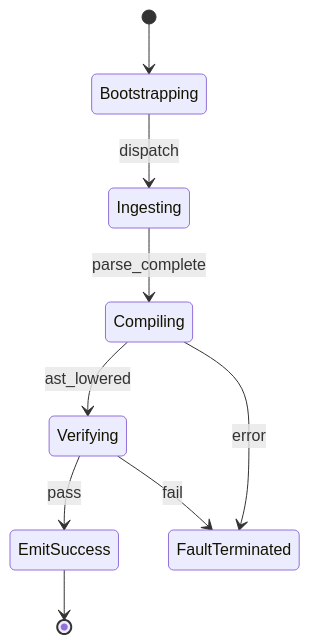
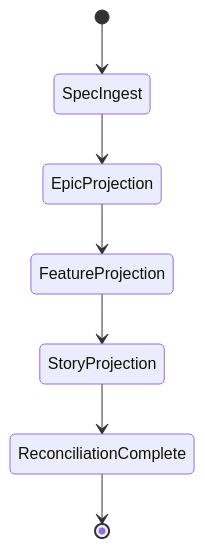
One commit to gintatkinson/dumpiler-01 changed the second of 2 diagrams in docs/epics/EPIC-11-DownstreamAgileProjections.md. Above: the diagram before and after it, drawn with Mermaid. The commit also changed other lines of this file and 45 other files, not shown here.

````diff
--- a/docs/epics/EPIC-11-DownstreamAgileProjections.md
+++ b/docs/epics/EPIC-11-DownstreamAgileProjections.md
@@ -58,11 +79,9 @@
 ```mermaid
 stateDiagram-v2
-    [*] --> Bootstrapping
-    Bootstrapping --> Ingesting : dispatch
-    Ingesting --> Compiling : parse_complete
-    Compiling --> Verifying : ast_lowered
-    Verifying --> EmitSuccess : pass
-    Compiling --> FaultTerminated : error
-    Verifying --> FaultTerminated : fail
-    EmitSuccess --> [*]
+    [*] --> SpecIngest
+    SpecIngest --> EpicProjection
+    EpicProjection --> FeatureProjection
+    FeatureProjection --> StoryProjection
+    StoryProjection --> ReconciliationComplete
+    ReconciliationComplete --> [*]
 ```
````
